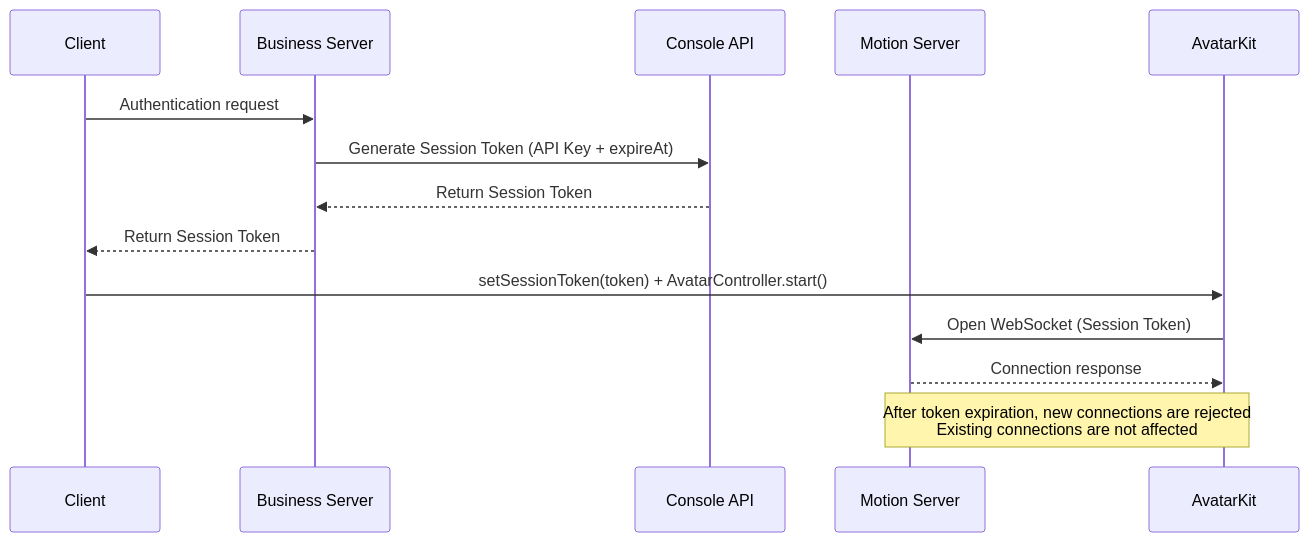
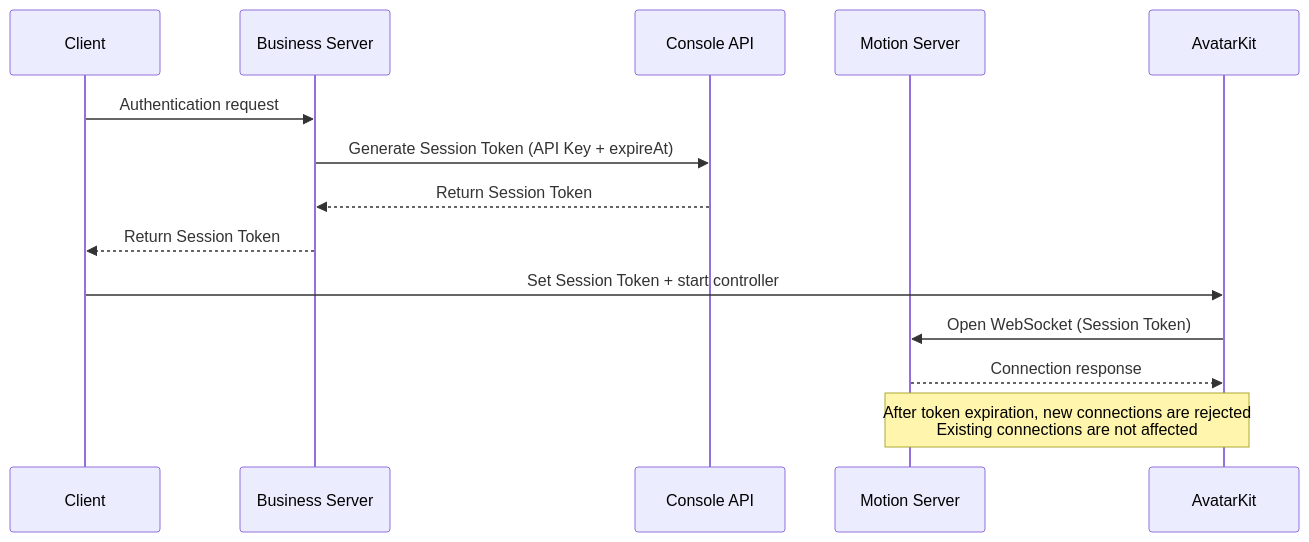
One commit to spatius-ai/docs changed the diagram in api-reference/auth.mdx. Above: the diagram before and after it, drawn with Mermaid. The commit also changed other lines of this file and 59 other files, not shown here.

````diff
--- a/api-reference/auth.mdx
+++ b/api-reference/auth.mdx
@@ -29,17 +29,17 @@
 ```mermaid
 sequenceDiagram
     participant Client
     participant BizServer as Business Server
     participant Console as Console API
     participant Motion as Motion Server
     participant Kit as AvatarKit
 
     Client->>BizServer: Authentication request
     BizServer->>Console: Generate Session Token (API Key + expireAt)
     Console-->>BizServer: Return Session Token
     BizServer-->>Client: Return Session Token
-    Client->>Kit: setSessionToken(token) + AvatarController.start()
+    Client->>Kit: Set Session Token + start controller
     Kit->>Motion: Open WebSocket (Session Token)
     Motion-->>Kit: Connection response
     Note over Motion,Kit: After token expiration, new connections are rejected<br>Existing connections are not affected
 ```
````
